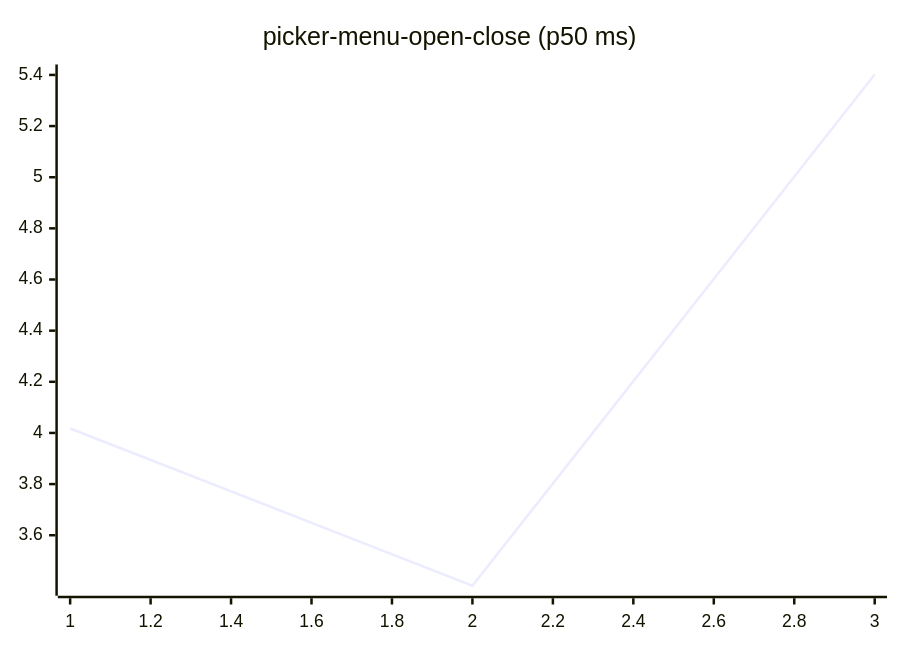
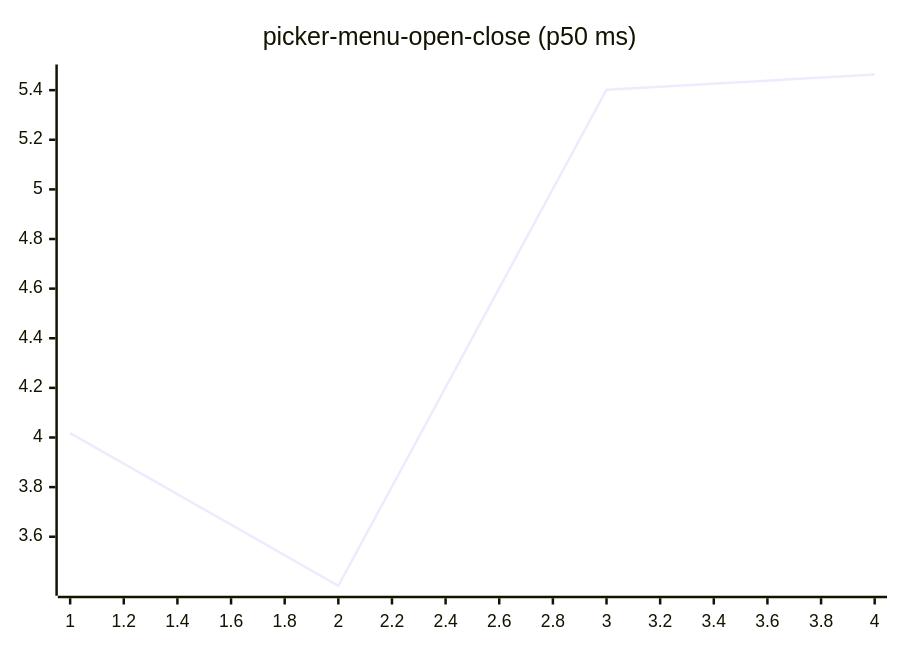
One commit to josha/Facet changed diagram 16 of 27 in README.md. Above: the diagram before and after it, drawn with Mermaid. The commit also changed other lines of this file and 2 other files, not shown here.

````diff
--- a/README.md
+++ b/README.md
@@ -168,6 +168,6 @@
 ```mermaid
 xychart-beta
     title "picker-menu-open-close (p50 ms)"
-    x-axis 1 --> 3
-    line [4.0174, 3.4024, 5.4017]
+    x-axis 1 --> 4
+    line [4.0174, 3.4024, 5.4017, 5.4631]
 ```
````
